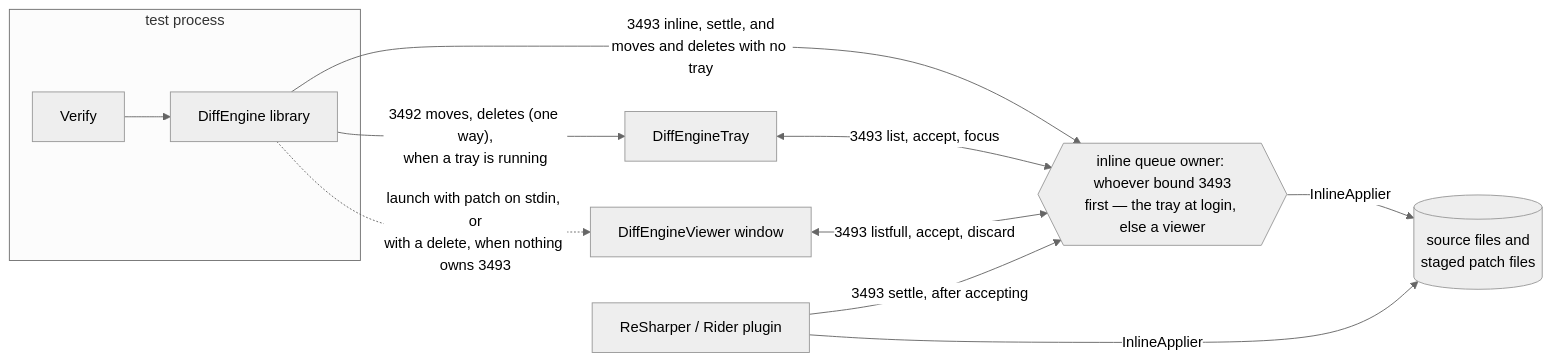
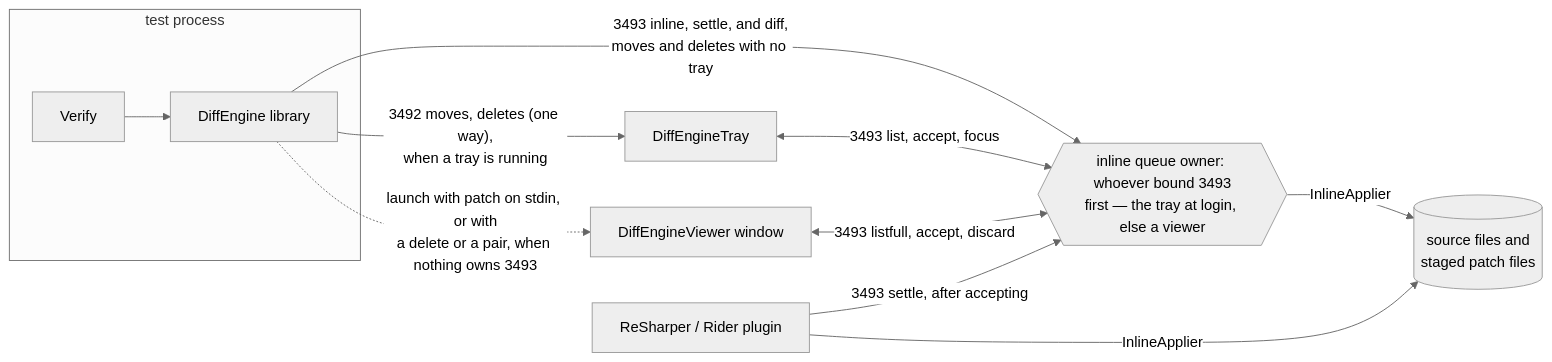
Before and after one commit to VerifyTests/DiffEngine: the diagram in claude.md, drawn with Mermaid (neutral theme). The commit also changed other lines of this file and 42 other files, not shown here.

````diff
--- a/claude.md
+++ b/claude.md
@@ -49,20 +49,20 @@
 ```mermaid
 flowchart LR
     subgraph Test["test process"]
         Verify["Verify"] --> Engine["DiffEngine library"]
     end
     Tray["DiffEngineTray"]
     Window["DiffEngineViewer window"]
     Plugin["ReSharper / Rider plugin"]
     Owner{{"inline queue owner: whoever bound 3493<br/>first — the tray at login, else a viewer"}}
     Files[("source files and<br/>staged patch files")]
 
     Engine -->|"3492 moves, deletes (one way),<br/>when a tray is running"| Tray
-    Engine -->|"3493 inline, settle, and<br/>moves and deletes with no tray"| Owner
-    Engine -.->|"launch with patch on stdin, or<br/>with a delete, when nothing owns 3493"| Window
+    Engine -->|"3493 inline, settle, and diff,<br/>moves and deletes with no tray"| Owner
+    Engine -.->|"launch with patch on stdin, or with<br/>a delete or a pair, when nothing owns 3493"| Window
     Tray <-->|"3493 list, accept, focus"| Owner
     Window <-->|"3493 listfull, accept, discard"| Owner
     Plugin -->|"3493 settle, after accepting"| Owner
     Owner -->|"InlineApplier"| Files
     Plugin -->|"InlineApplier"| Files
 ```
````
